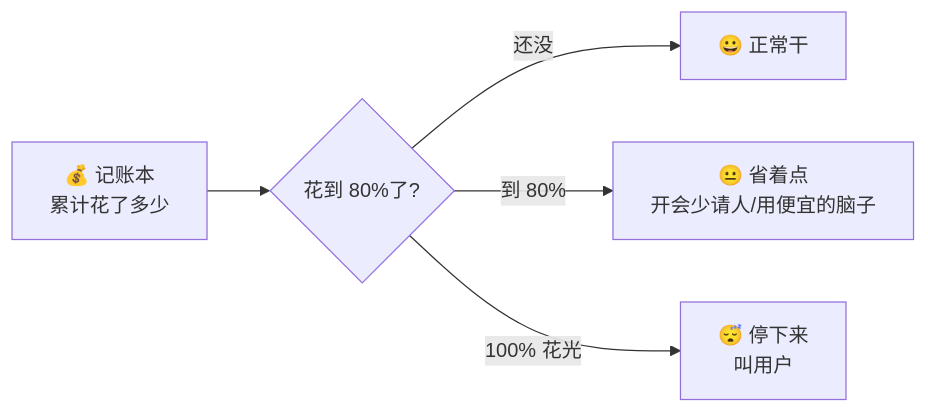
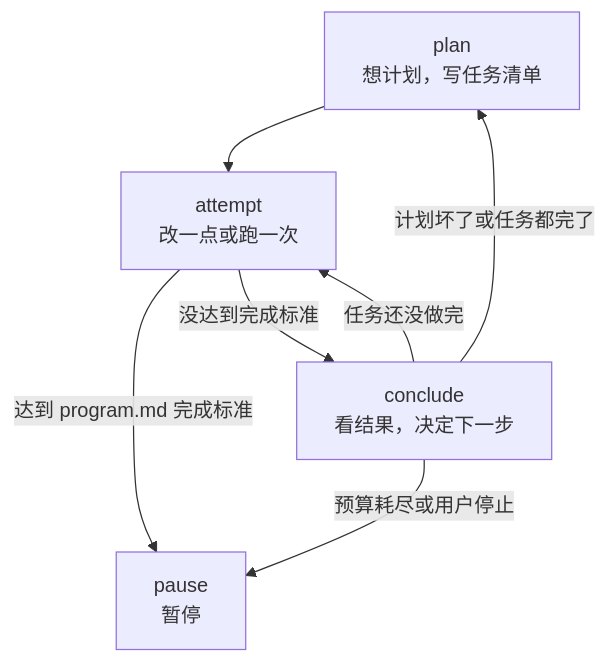
One commit to littlefishshow/R-Agent changed the third of 4 diagrams in AUTORESEARCH_小学生版.md. Above: the diagram before and after it, drawn with Mermaid. The commit also changed other lines of this file, not shown here.

````diff
--- a/AUTORESEARCH_小学生版.md
+++ b/AUTORESEARCH_小学生版.md
@@ -118,7 +330,14 @@
 ```mermaid
-flowchart LR
-    W["💰 记账本<br/>累计花了多少"] --> C{"花到 80%了?"}
-    C -->|"还没"| OK["😀 正常干"]
-    C -->|"到 80%"| SAVE["😐 省着点<br/>开会少请人/用便宜的脑子"]
-    C -->|"100% 花光"| STOP["😴 停下来<br/>叫用户"]
+flowchart TD
+    Plan["plan<br/>想计划，写任务清单"]
+    Attempt["attempt<br/>改一点或跑一次"]
+    Conclude["conclude<br/>看结果，决定下一步"]
+    Pause["pause<br/>暂停"]
+
+    Plan --> Attempt
+    Attempt -->|"没达到完成标准"| Conclude
+    Attempt -->|"达到 program.md 完成标准"| Pause
+    Conclude -->|"任务还没做完"| Attempt
+    Conclude -->|"计划坏了或任务都完了"| Plan
+    Conclude -->|"预算耗尽或用户停止"| Pause
 ```
````
